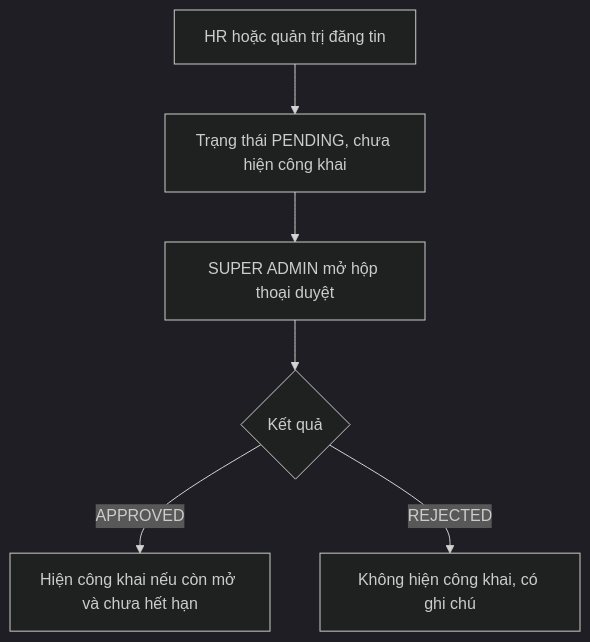
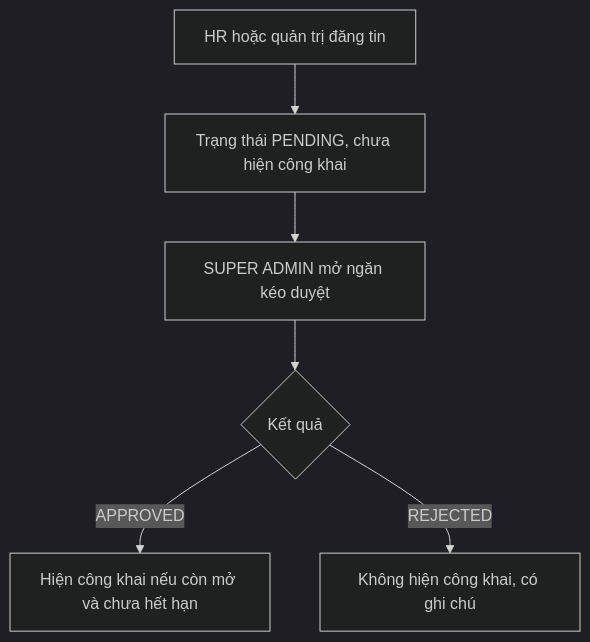
The diagram in docs/04-features/job-approval.md (QuocDuy21-10/it-job-portal-fe), drawn with Mermaid (dark theme) before and after one commit. The commit also changed other lines of this file and 1 other file, not shown here.

Commit message:
docs: describe the admin drawers

````diff
--- a/docs/04-features/job-approval.md
+++ b/docs/04-features/job-approval.md
@@ -21,8 +21,8 @@
 ```mermaid
 flowchart TD
     Post["HR hoặc quản trị đăng tin"] --> Pending["Trạng thái PENDING, chưa hiện công khai"]
-    Pending --> Review["SUPER ADMIN mở hộp thoại duyệt"]
+    Pending --> Review["SUPER ADMIN mở ngăn kéo duyệt"]
     Review --> Choose{"Kết quả"}
     Choose -- "APPROVED" --> Public["Hiện công khai nếu còn mở và chưa hết hạn"]
     Choose -- "REJECTED" --> Hidden["Không hiện công khai, có ghi chú"]
 ```
````
